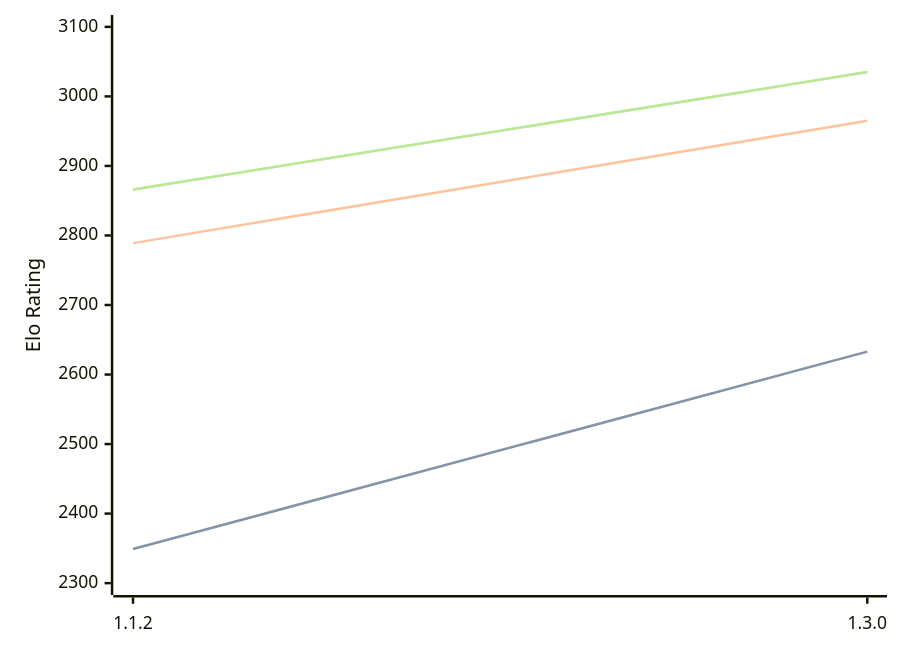
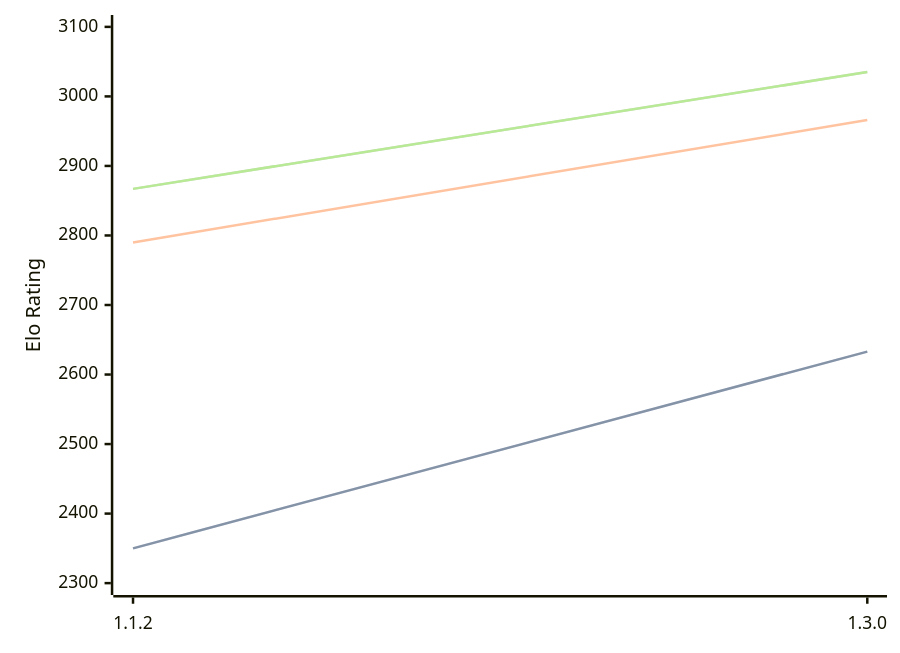
Before and after one commit to computer-chess-index/cci: the diagram in engines/Ember.md, drawn with Mermaid. The commit also changed other lines of this file, not shown here.

Commit message:
Update CCI Ratings (ELO VLTC) - 2026-09-13

````diff
--- a/engines/Ember.md
+++ b/engines/Ember.md
@@ -41,11 +41,11 @@
 ```mermaid
 %%{init: {"theme":"base","themeVariables":{"seriesColors:['#a3a3a3','#222221','#faa371']}}}%%
 xychart-beta
   x-axis ["1.1.2", "1.3.0"]
   y-axis "Elo Rating" 2300 --> 3100
-  line "" [2349, 2633]
-  line "STC (8.0+0.08s)" [2349, 2633]
-  line "LTC (60.0+0.60s)" [2789, 2965]
-  line "" [2866, 3035]
-  line "VLTC (2m24s+1.12s)" [2866, 3035]
+  line "" [2350, 2633]
+  line "STC (8.0+0.08s)" [2350, 2633]
+  line "LTC (60.0+0.60s)" [2790, 2966]
+  line "" [2867, 3035]
+  line "VLTC (2m24s+1.12s)" [2867, 3035]
 ```
````
